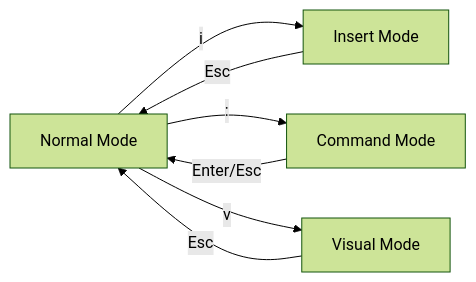
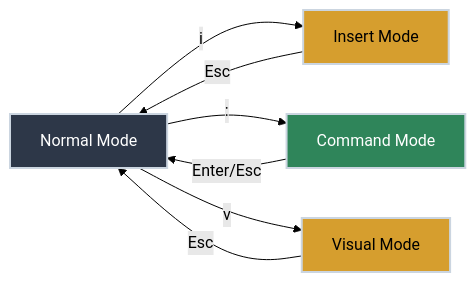
Before and after one commit to bradpenney/exploring_software_development_tools: the diagram in docs/essentials/vim_survival_mode.md, drawn with Mermaid (forest theme). The commit also changed other lines of this file and 28 other files, not shown here.

````diff
--- a/docs/essentials/vim_survival_mode.md
+++ b/docs/essentials/vim_survival_mode.md
@@ -11,9 +37,14 @@
 ```mermaid
 graph LR
     N[Normal Mode] -- "i" --> I[Insert Mode]
     I -- "Esc" --> N
     N -- ":" --> C[Command Mode]
     C -- "Enter/Esc" --> N
     N -- "v" --> V[Visual Mode]
     V -- "Esc" --> N
+
+    style N fill:#2d3748,stroke:#cbd5e0,stroke-width:2px,color:#fff
+    style I fill:#d69e2e,stroke:#cbd5e0,stroke-width:2px,color:#000
+    style C fill:#2f855a,stroke:#cbd5e0,stroke-width:2px,color:#fff
+    style V fill:#d69e2e,stroke:#cbd5e0,stroke-width:2px,color:#000
 ```
````
